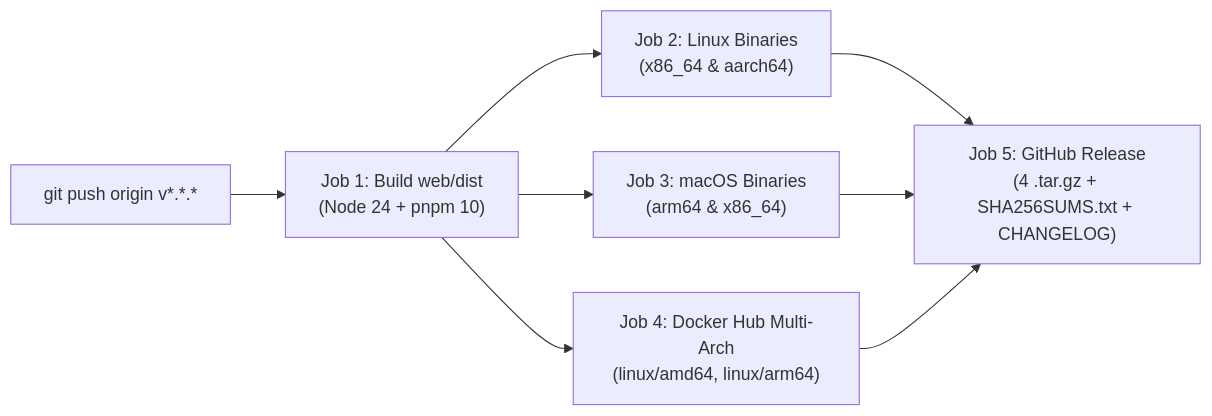
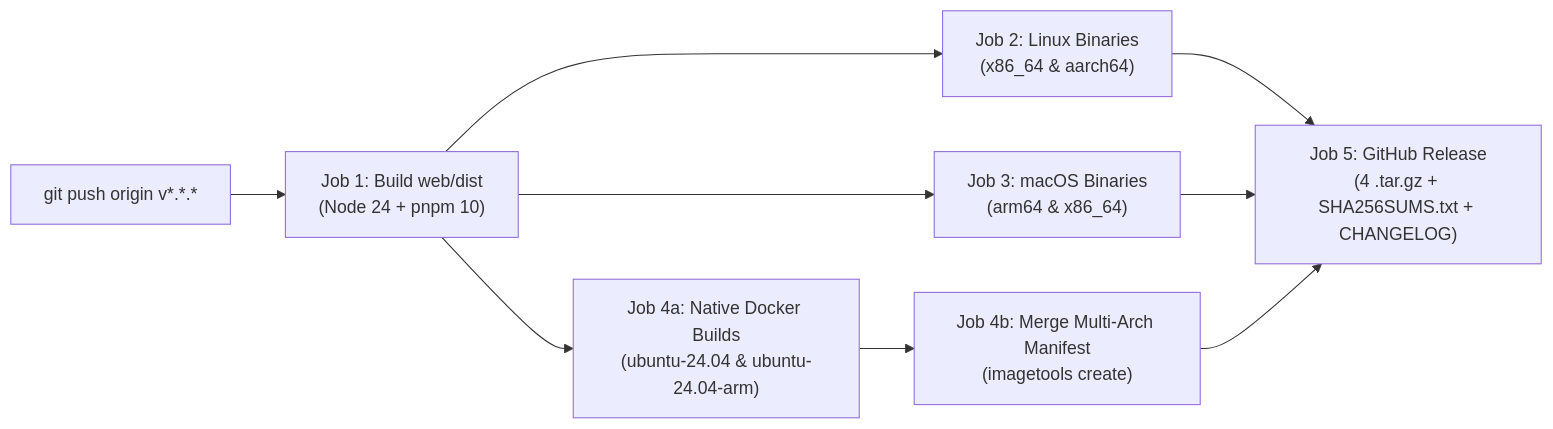
One commit to ElleryHe/FeedCourier changed the diagram in docs/reference/releasing.md. Above: the diagram before and after it, drawn with Mermaid. The commit also changed other lines of this file and 36 other files, not shown here.

First line of the commit message:
chore(release): release v0.1.4 with native multi-arch Docker builds, Telegram video streaming, localized captions, and updated OG banner (#18)

````diff
--- a/docs/reference/releasing.md
+++ b/docs/reference/releasing.md
@@ -35,10 +35,11 @@
 ```mermaid
 flowchart LR
     Tag["git push origin v*.*.*"] --> Web["Job 1: Build web/dist\n(Node 24 + pnpm 10)"]
     Web --> Linux["Job 2: Linux Binaries\n(x86_64 & aarch64)"]
     Web --> Mac["Job 3: macOS Binaries\n(arm64 & x86_64)"]
-    Web --> Docker["Job 4: Docker Hub Multi-Arch\n(linux/amd64, linux/arm64)"]
+    Web --> DockerBuild["Job 4a: Native Docker Builds\n(ubuntu-24.04 & ubuntu-24.04-arm)"]
+    DockerBuild --> DockerMerge["Job 4b: Merge Multi-Arch Manifest\n(imagetools create)"]
     Linux --> GH["Job 5: GitHub Release\n(4 .tar.gz + SHA256SUMS.txt + CHANGELOG)"]
     Mac --> GH
-    Docker --> GH
+    DockerMerge --> GH
 ```
````
